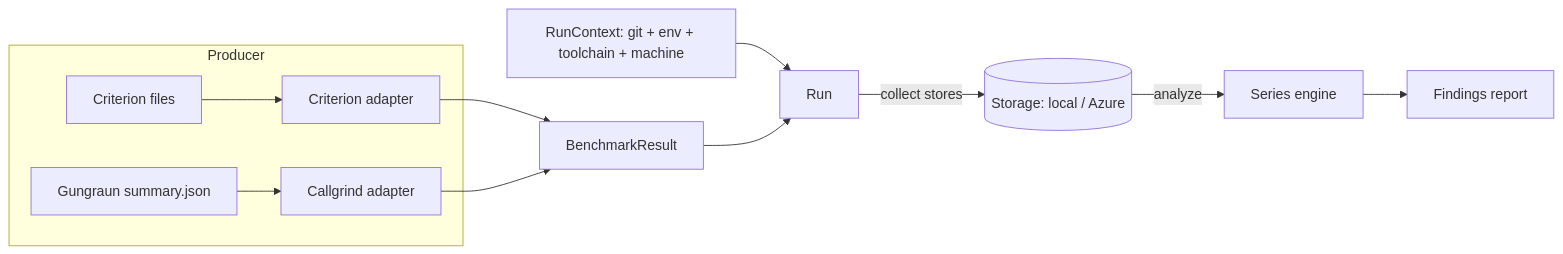
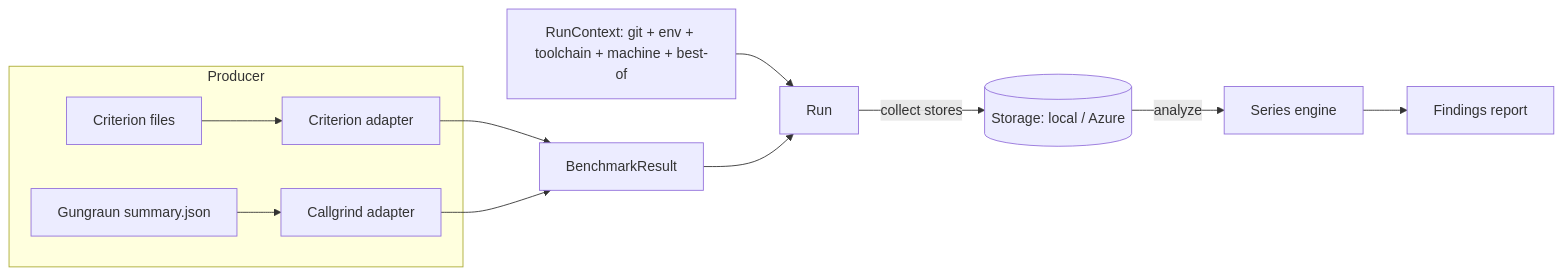
Before and after one commit to folo-rs/folo: the diagram in packages/cargo-bench-history/docs/DESIGN.md, drawn with Mermaid. The commit also changed other lines of this file and 56 other files, not shown here.

````diff
--- a/packages/cargo-bench-history/docs/DESIGN.md
+++ b/packages/cargo-bench-history/docs/DESIGN.md
@@ -61,13 +61,13 @@
 ```mermaid
 flowchart LR
   subgraph Producer
     C[Criterion files] --> A1[Criterion adapter]
     G[Gungraun summary.json] --> A2[Callgrind adapter]
   end
   A1 --> RR[BenchmarkResult]
   A2 --> RR
-  CTX[RunContext: git + env + toolchain + machine] --> RS[Run]
+  CTX[RunContext: git + env + toolchain + machine + best-of] --> RS[Run]
   RR --> RS
   RS -->|collect stores| ST[(Storage: local / Azure)]
   ST -->|analyze| SE[Series engine] --> F[Findings report]
 ```
````
